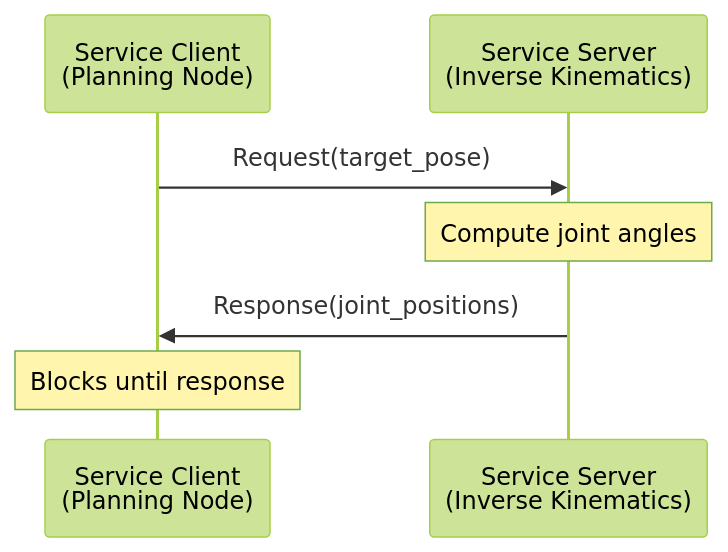
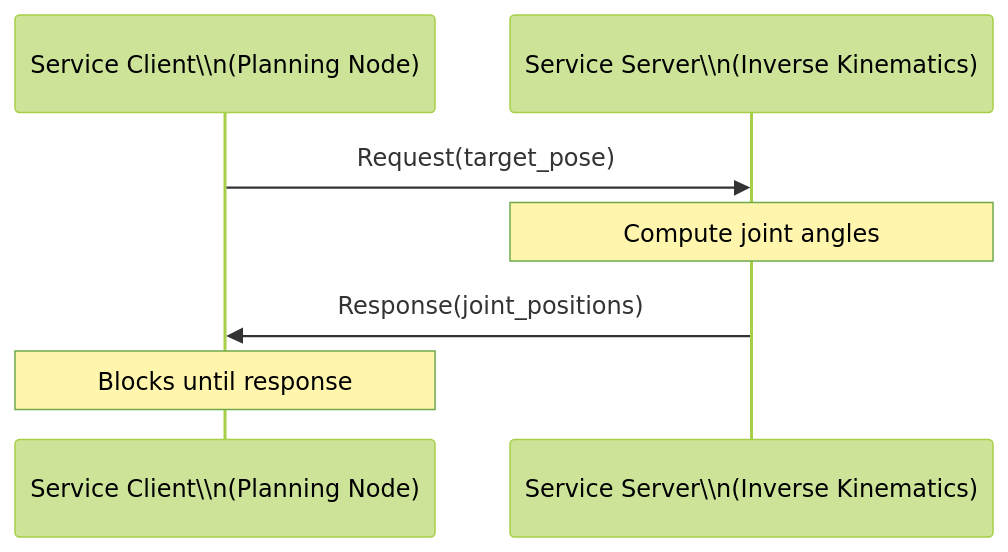
The fifth of 6 diagrams in docs/module-1-ros2/chapter-1-intro-ros2.mdx (ABEERAHMED2024/-Textbook-for-Teaching-Physical-AI-Humanoid-Robotics-Course-), drawn with Mermaid (forest theme) before and after one commit. The commit also changed other lines of this file and 192 other files, not shown here.

````diff
--- a/docs/module-1-ros2/chapter-1-intro-ros2.mdx
+++ b/docs/module-1-ros2/chapter-1-intro-ros2.mdx
@@ -182,10 +178,10 @@
 ```mermaid
 sequenceDiagram
-    participant Client as Service Client<br/>(Planning Node)
-    participant Server as Service Server<br/>(Inverse Kinematics)
+    participant Client as Service Client\\n(Planning Node)
+    participant Server as Service Server\\n(Inverse Kinematics)
 
     Client->>Server: Request(target_pose)
     Note over Server: Compute joint angles
     Server->>Client: Response(joint_positions)
     Note over Client: Blocks until response
 ```
````
